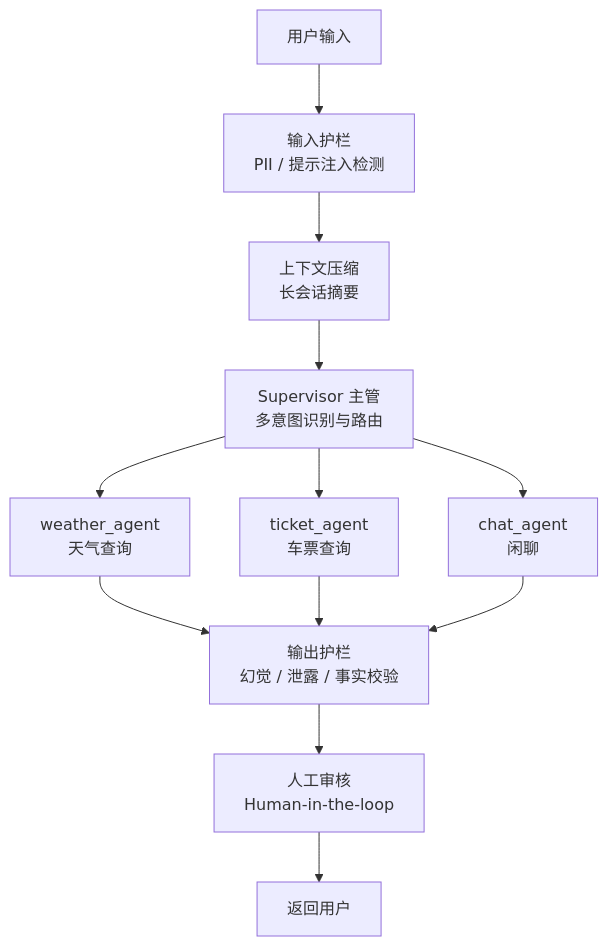
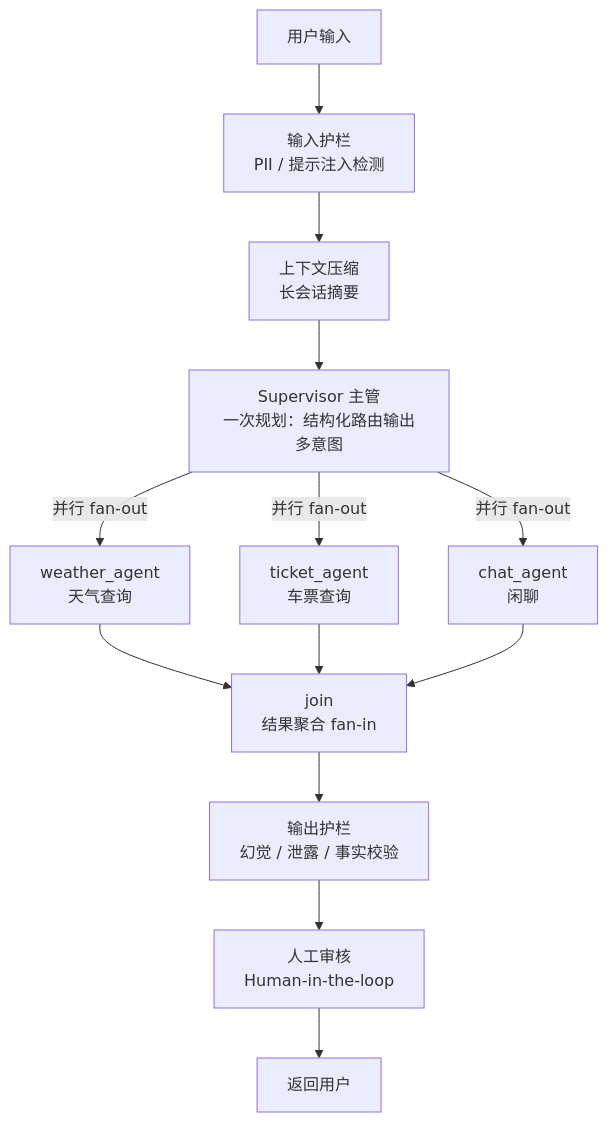
Before and after one commit to wanghuanyu414/multi-agent-harness-demo: the diagram in README.md, drawn with Mermaid. The commit also changed other lines of this file, not shown here.

````diff
--- a/README.md
+++ b/README.md
@@ -21,14 +21,15 @@
 ```mermaid
 flowchart TB
     U[用户输入] --> IG[输入护栏<br/>PII / 提示注入检测]
     IG --> SUM[上下文压缩<br/>长会话摘要]
-    SUM --> SUP[Supervisor 主管<br/>多意图识别与路由]
-    SUP --> WA[weather_agent<br/>天气查询]
-    SUP --> TA[ticket_agent<br/>车票查询]
-    SUP --> CA[chat_agent<br/>闲聊]
-    WA --> OG[输出护栏<br/>幻觉 / 泄露 / 事实校验]
-    TA --> OG
-    CA --> OG
+    SUM --> SUP[Supervisor 主管<br/>一次规划：结构化路由输出多意图]
+    SUP -->|并行 fan-out| WA[weather_agent<br/>天气查询]
+    SUP -->|并行 fan-out| TA[ticket_agent<br/>车票查询]
+    SUP -->|并行 fan-out| CA[chat_agent<br/>闲聊]
+    WA --> JOIN[join<br/>结果聚合 fan-in]
+    TA --> JOIN
+    CA --> JOIN
+    JOIN --> OG[输出护栏<br/>幻觉 / 泄露 / 事实校验]
     OG --> HR[人工审核<br/>Human-in-the-loop]
     HR --> R[返回用户]
 ```
````
